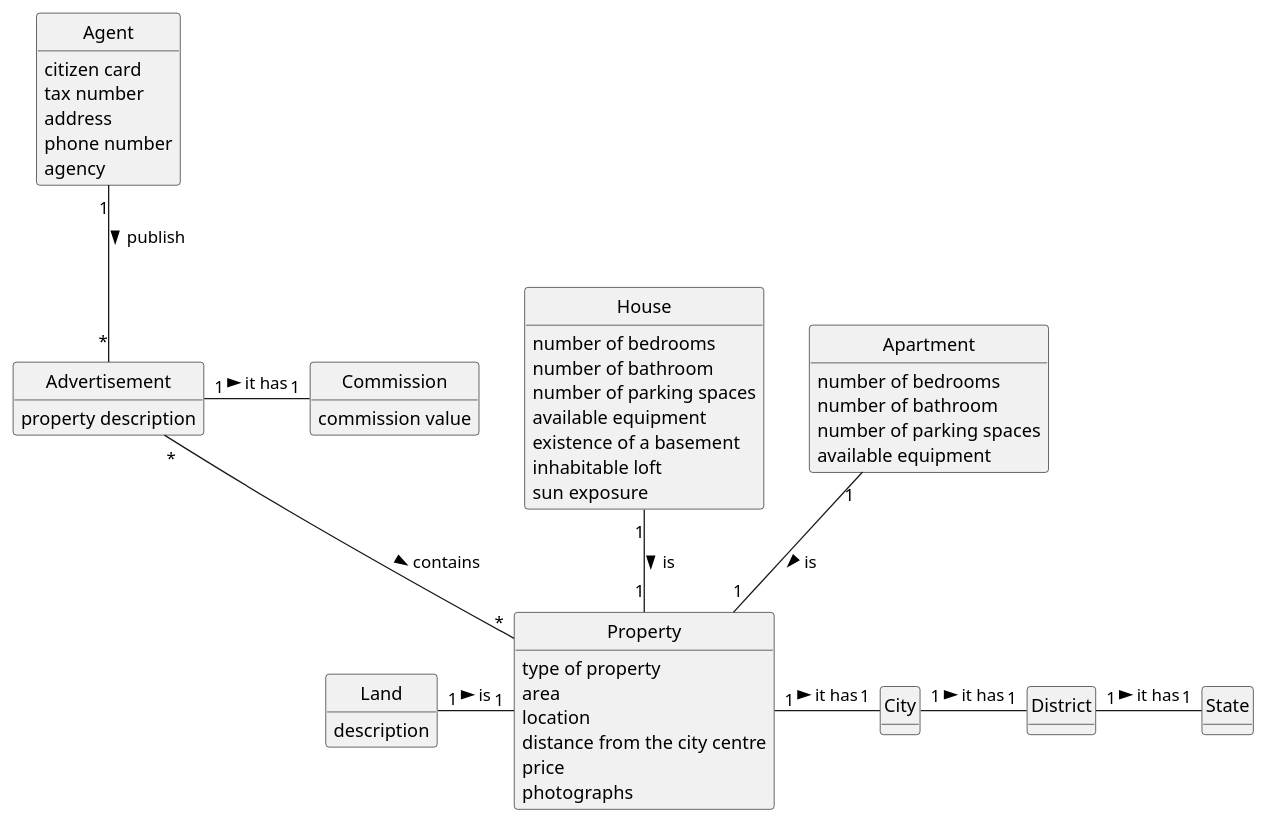
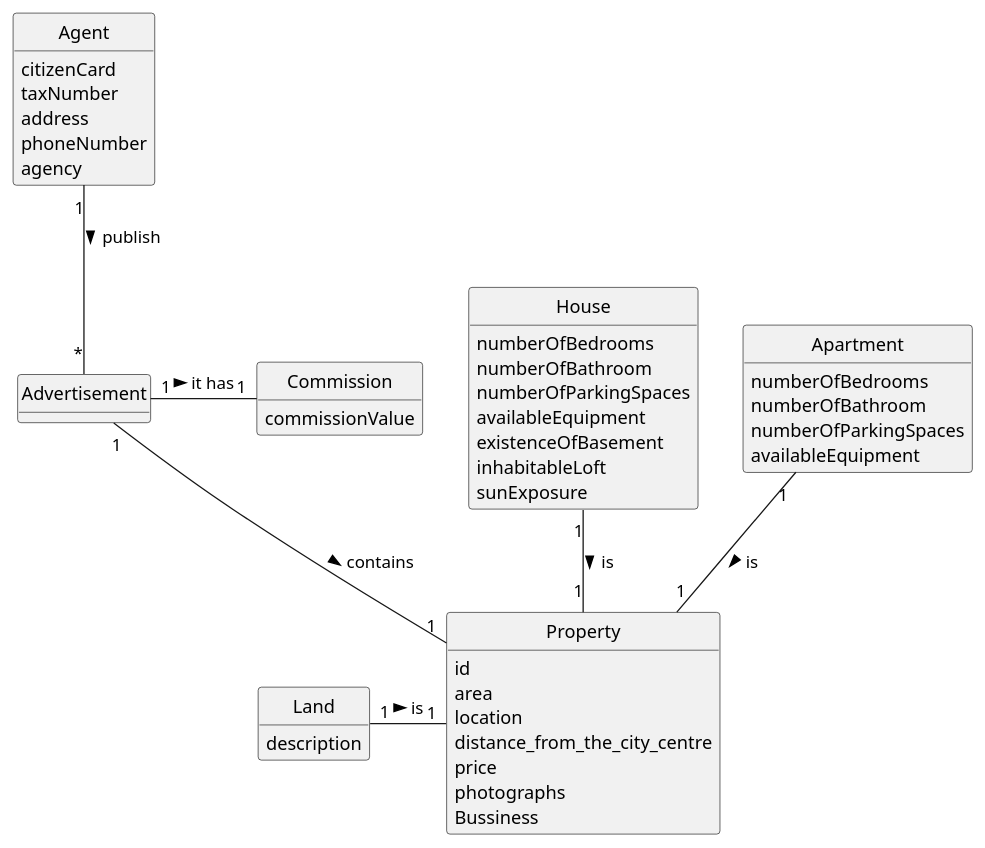
The diagram in docs/sprintB/US002/02.analysis/puml/US2_DM.puml (tiagohcorreia/LAPR2), drawn with PlantUML before and after one commit. The commit also changed 2 other files, not shown here.

```diff
--- a/docs/sprintB/US002/02.analysis/puml/US2_DM.puml
+++ b/docs/sprintB/US002/02.analysis/puml/US2_DM.puml
@@ -1,88 +1,82 @@
 @startuml
 skinparam monochrome true
 skinparam packageStyle rectangle
 skinparam shadowing false
 
 'left to right direction
 
 skinparam classAttributeIconSize 0
 
 hide circle
 hide methods
 
 
 class Agent {
-    citizen card
-    tax number
+    citizenCard
+    taxNumber
     address
-    phone number
+    phoneNumber
     agency
 }
 
-class City {
-
-}
-
-class District{
-}
-
-class State{
-}
 
 
 class Advertisement {
-    property description
+
 }
 
 
 
 class House {
-     number of bedrooms
-     number of bathroom
-     number of parking spaces
-     available equipment
-     existence of a basement
-     inhabitable loft
-     sun exposure
+     numberOfBedrooms
+     numberOfBathroom
+     numberOfParkingSpaces
+     availableEquipment
+     existenceOfBasement
+     inhabitableLoft
+     sunExposure
 }
 
 class Apartment {
-     number of bedrooms
-     number of bathroom
-     number of parking spaces
-     available equipment
+     numberOfBedrooms
+     numberOfBathroom
+     numberOfParkingSpaces
+     availableEquipment
+
 }
 class Land {
      description
 }
 
 class Commission {
-    commission value
+    commissionValue
 }
 
 class Property {
-     type of property
+     id
      area
      location
-     distance from the city centre
+     distance_from_the_city_centre
      price
      photographs
+     Bussiness
+
 }
 
 
 
 
-Advertisement "*" -- "*" Property: contains >
+Advertisement "1" -- "1" Property: contains >
 Agent "1" -- "*" Advertisement: publish >
 House "1" --"1" Property: is >
 Apartment"1" -- "1" Property: is >
 Land"1" - "1" Property: is >
 Advertisement"1" - "1" Commission: it has >
-Property"1" - "1" City: it has >
-City"1" - "1" District: it has >
-District"1" - "1" State: it has >
+
+
+
 
 
 
 
 @enduml
```
